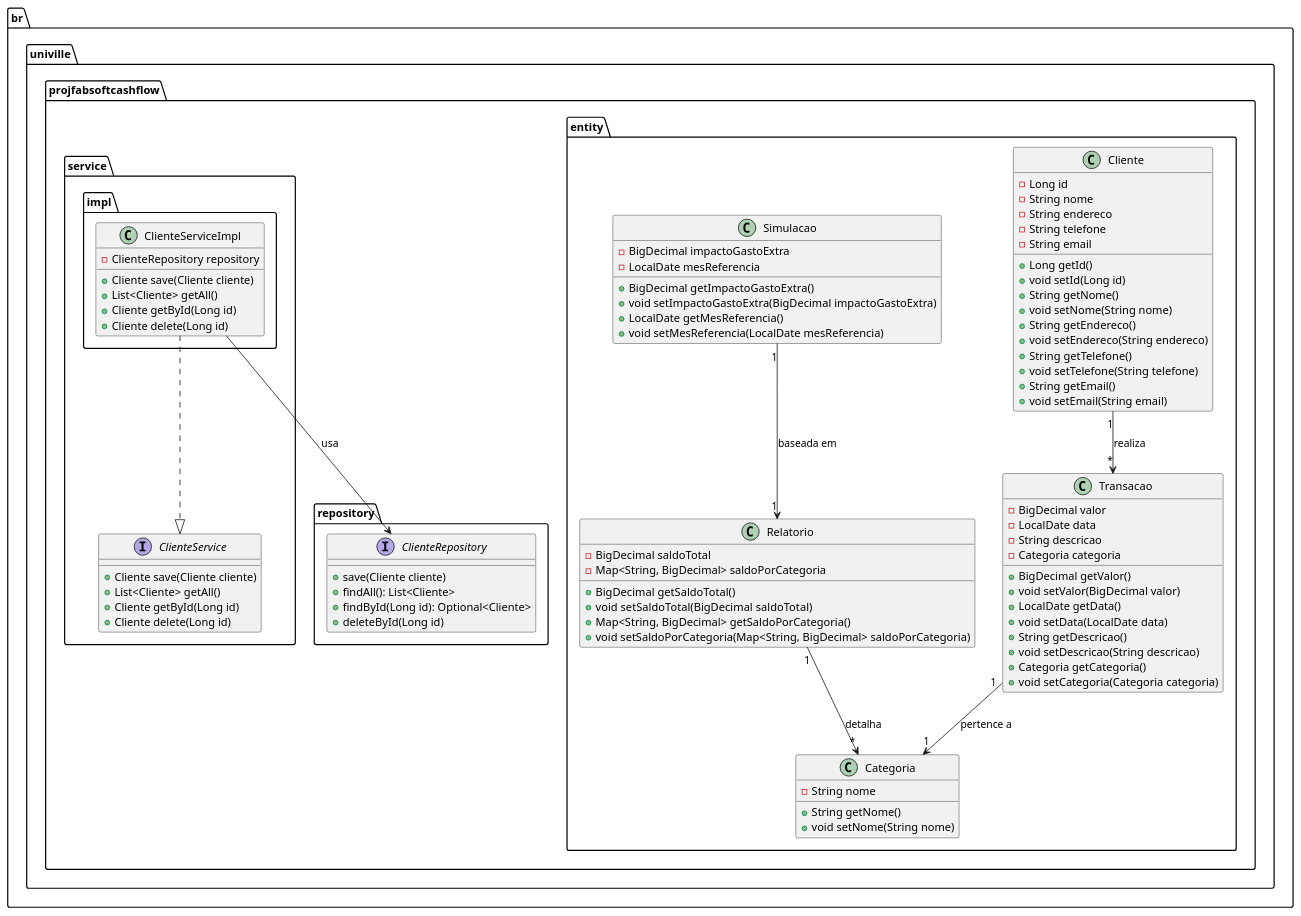
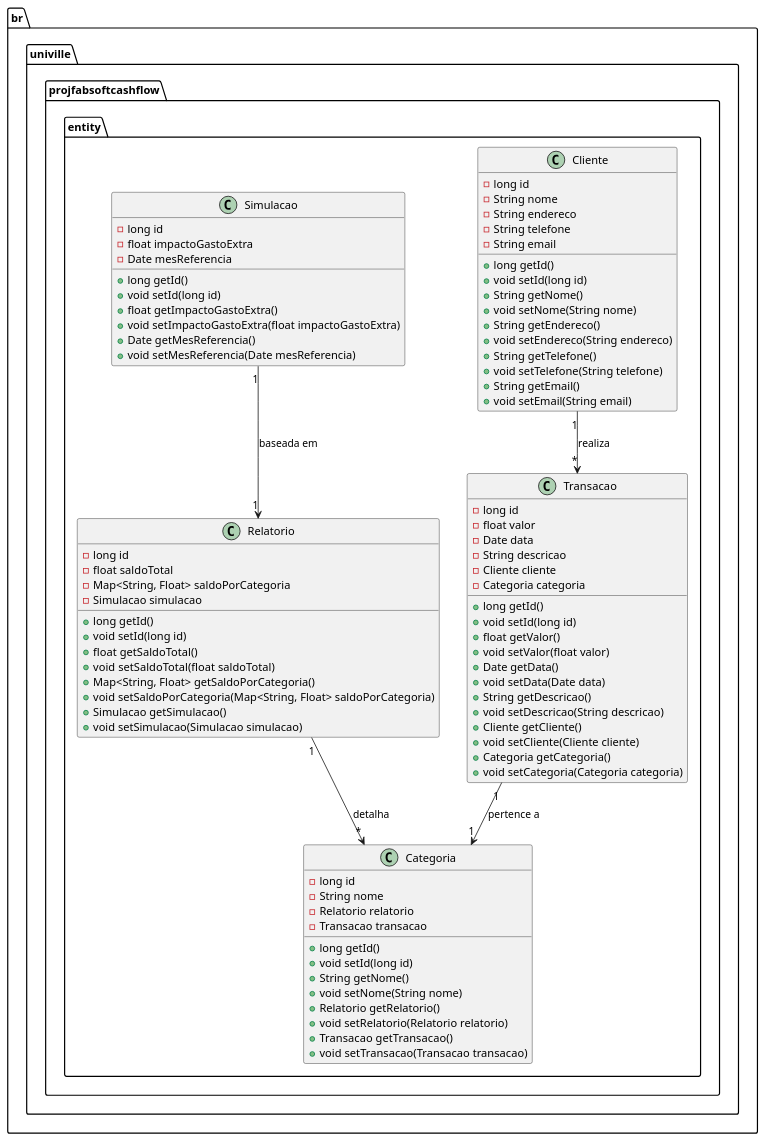
The diagram in diagramas/classes.puml (Dutra04/TrabFabsoft), drawn with PlantUML before and after one commit. The commit also changed 3 other files, not shown here.

```diff
--- a/diagramas/classes.puml
+++ b/diagramas/classes.puml
@@ -1,95 +1,89 @@
 @startuml
 package br.univille.projfabsoftcashflow.entity {
     class Cliente {
-        - Long id
+        - long id
         - String nome
         - String endereco
         - String telefone
         - String email
-        + Long getId()
-        + void setId(Long id)
+        + long getId()
+        + void setId(long id)
         + String getNome()
         + void setNome(String nome)
         + String getEndereco()
         + void setEndereco(String endereco)
         + String getTelefone()
         + void setTelefone(String telefone)
         + String getEmail()
         + void setEmail(String email)
     }
 
     class Categoria {
+        - long id
         - String nome
+        - Relatorio relatorio
+        - Transacao transacao
+        + long getId()
+        + void setId(long id)
         + String getNome()
         + void setNome(String nome)
+        + Relatorio getRelatorio()
+        + void setRelatorio(Relatorio relatorio)
+        + Transacao getTransacao()
+        + void setTransacao(Transacao transacao)
     }
 
     class Transacao {
-        - BigDecimal valor
-        - LocalDate data
+        - long id
+        - float valor
+        - Date data
         - String descricao
+        - Cliente cliente
         - Categoria categoria
-        + BigDecimal getValor()
-        + void setValor(BigDecimal valor)
-        + LocalDate getData()
-        + void setData(LocalDate data)
+        + long getId()
+        + void setId(long id)
+        + float getValor()
+        + void setValor(float valor)
+        + Date getData()
+        + void setData(Date data)
         + String getDescricao()
         + void setDescricao(String descricao)
+        + Cliente getCliente()
+        + void setCliente(Cliente cliente)
         + Categoria getCategoria()
         + void setCategoria(Categoria categoria)
     }
 
     class Relatorio {
-        - BigDecimal saldoTotal
-        - Map<String, BigDecimal> saldoPorCategoria
-        + BigDecimal getSaldoTotal()
-        + void setSaldoTotal(BigDecimal saldoTotal)
-        + Map<String, BigDecimal> getSaldoPorCategoria()
-        + void setSaldoPorCategoria(Map<String, BigDecimal> saldoPorCategoria)
+        - long id
+        - float saldoTotal
+        - Map<String, Float> saldoPorCategoria
+        - Simulacao simulacao
+        + long getId()
+        + void setId(long id)
+        + float getSaldoTotal()
+        + void setSaldoTotal(float saldoTotal)
+        + Map<String, Float> getSaldoPorCategoria()
+        + void setSaldoPorCategoria(Map<String, Float> saldoPorCategoria)
+        + Simulacao getSimulacao()
+        + void setSimulacao(Simulacao simulacao)
     }
 
     class Simulacao {
-        - BigDecimal impactoGastoExtra
-        - LocalDate mesReferencia
-        + BigDecimal getImpactoGastoExtra()
-        + void setImpactoGastoExtra(BigDecimal impactoGastoExtra)
-        + LocalDate getMesReferencia()
-        + void setMesReferencia(LocalDate mesReferencia)
-    }
-}
-
-package br.univille.projfabsoftcashflow.repository {
-    interface ClienteRepository {
-        + save(Cliente cliente)
-        + findAll(): List<Cliente>
-        + findById(Long id): Optional<Cliente>
-        + deleteById(Long id)
-    }
-}
-
-package br.univille.projfabsoftcashflow.service {
-    interface ClienteService {
-        + Cliente save(Cliente cliente)
-        + List<Cliente> getAll()
-        + Cliente getById(Long id)
-        + Cliente delete(Long id)
-    }
-}
-
-package br.univille.projfabsoftcashflow.service.impl {
-    class ClienteServiceImpl {
-        - ClienteRepository repository
-        + Cliente save(Cliente cliente)
-        + List<Cliente> getAll()
-        + Cliente getById(Long id)
-        + Cliente delete(Long id)
+        - long id
+        - float impactoGastoExtra
+        - Date mesReferencia
+        + long getId()
+        + void setId(long id)
+        + float getImpactoGastoExtra()
+        + void setImpactoGastoExtra(float impactoGastoExtra)
+        + Date getMesReferencia()
+        + void setMesReferencia(Date mesReferencia)
     }
 }
 
 Cliente "1" --> "*" Transacao : "realiza"
 Transacao "1" --> "1" Categoria : "pertence a"
 Relatorio "1" --> "*" Categoria : "detalha"
 Simulacao "1" --> "1" Relatorio : "baseada em"
-ClienteServiceImpl ..|> ClienteService
-ClienteServiceImpl --> ClienteRepository : "usa"
 @enduml
```
